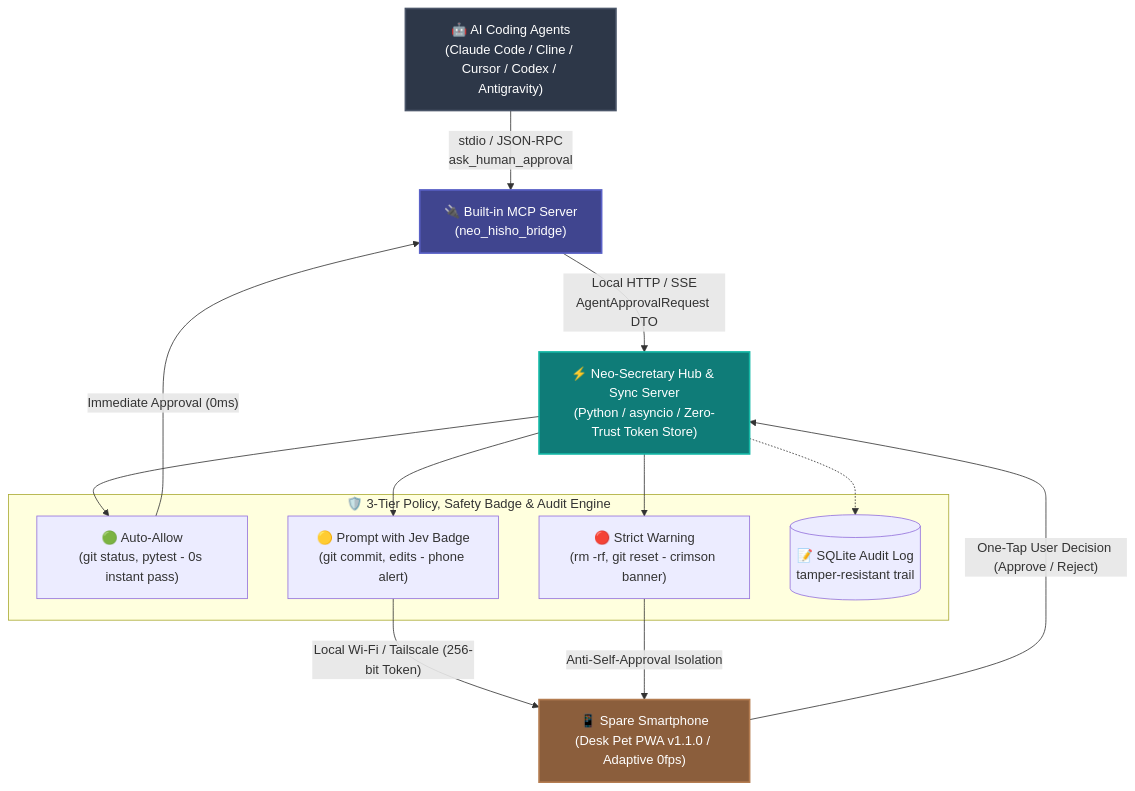
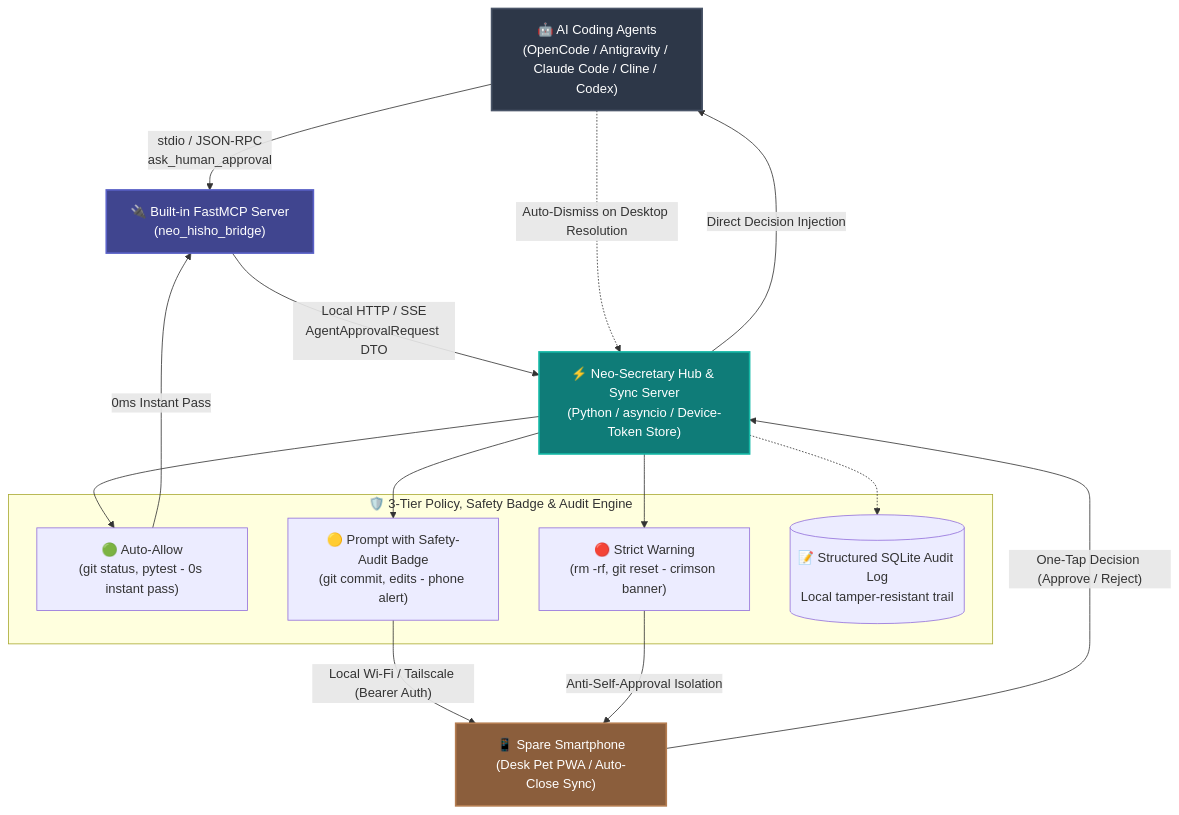
Before and after one commit to Siitake-man/hisho-kun: the diagram in README_en.md, drawn with Mermaid. The commit also changed other lines of this file and 6 other files, not shown here.

````diff
--- a/README_en.md
+++ b/README_en.md
@@ -81,33 +95,35 @@
 ```mermaid
 graph TD
     classDef agent fill:#2d3748,stroke:#4a5568,stroke-width:2px,color:#fff;
     classDef bridge fill:#40458f,stroke:#5a61c7,stroke-width:2px,color:#fff;
     classDef server fill:#0f7c78,stroke:#14b8a6,stroke-width:2px,color:#fff;
     classDef phone fill:#8b5e3c,stroke:#b47c50,stroke-width:2px,color:#fff;
 
-    Agents["🤖 AI Coding Agents<br/>(Claude Code / Cline / Cursor / Codex / Antigravity)"]:::agent
-    MCP["🔌 Built-in MCP Server<br/>(neo_hisho_bridge)"]:::bridge
-    Server["⚡ Neo-Secretary Hub & Sync Server<br/>(Python / asyncio / Zero-Trust Token Store)"]:::server
-    PWA["📱 Spare Smartphone<br/>(Desk Pet PWA v1.1.0 / Adaptive 0fps)"]:::phone
+    Agents["🤖 AI Coding Agents<br/>(OpenCode / Antigravity / Claude Code / Cline / Codex)"]:::agent
+    MCP["🔌 Built-in FastMCP Server<br/>(neo_hisho_bridge)"]:::bridge
+    Server["⚡ Neo-Secretary Hub & Sync Server<br/>(Python / asyncio / Device-Token Store)"]:::server
+    PWA["📱 Spare Smartphone<br/>(Desk Pet PWA / Auto-Close Sync)"]:::phone
 
     Agents -->|"stdio / JSON-RPC<br/>ask_human_approval"| MCP
     MCP -->|"Local HTTP / SSE<br/>AgentApprovalRequest DTO"| Server
 
     subgraph DefenseEngine ["🛡️ 3-Tier Policy, Safety Badge & Audit Engine"]
         Auto["🟢 Auto-Allow<br/>(git status, pytest - 0s instant pass)"]
-        Prompt["🟡 Prompt with Jev Badge<br/>(git commit, edits - phone alert)"]
+        Prompt["🟡 Prompt with Safety-Audit Badge<br/>(git commit, edits - phone alert)"]
         Strict["🔴 Strict Warning<br/>(rm -rf, git reset - crimson banner)"]
-        Audit[("📝 SQLite Audit Log<br/>tamper-resistant trail")]
+        Audit[("📝 Structured SQLite Audit Log<br/>Local tamper-resistant trail")]
     end
 
     Server --> Auto
     Server --> Prompt
     Server --> Strict
     Server -.-> Audit
 
-    Auto -->|"Immediate Approval (0ms)"| MCP
-    Prompt -->|"Local Wi-Fi / Tailscale (256-bit Token)"| PWA
+    Auto -->|"0ms Instant Pass"| MCP
+    Prompt -->|"Local Wi-Fi / Tailscale (Bearer Auth)"| PWA
     Strict -->|"Anti-Self-Approval Isolation"| PWA
 
-    PWA -->|"One-Tap User Decision (Approve / Reject)"| Server
+    PWA -->|"One-Tap Decision (Approve / Reject)"| Server
+    Server -->|"Direct Decision Injection"| Agents
+    Agents -.->|"Auto-Dismiss on Desktop Resolution"| Server
 ```
````
